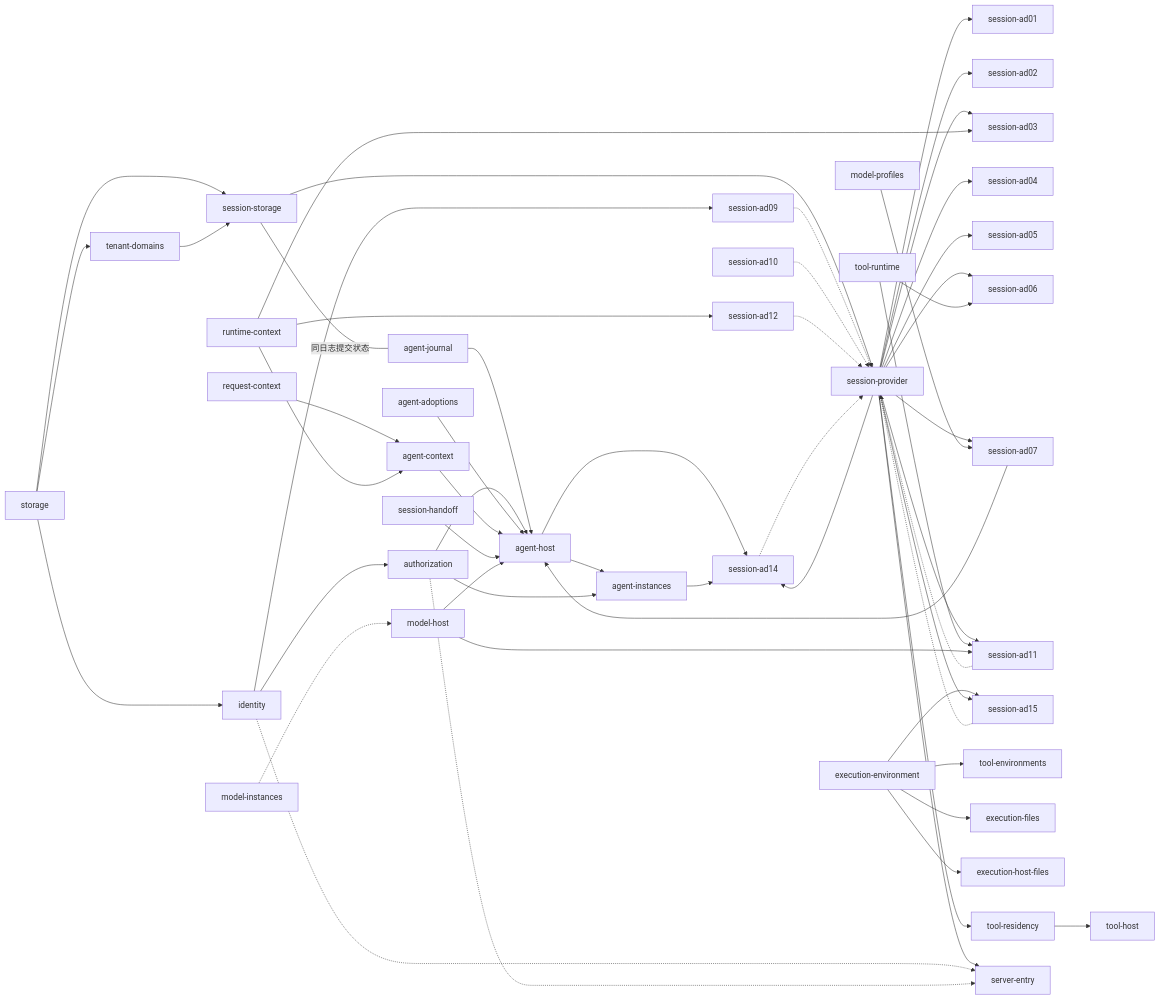
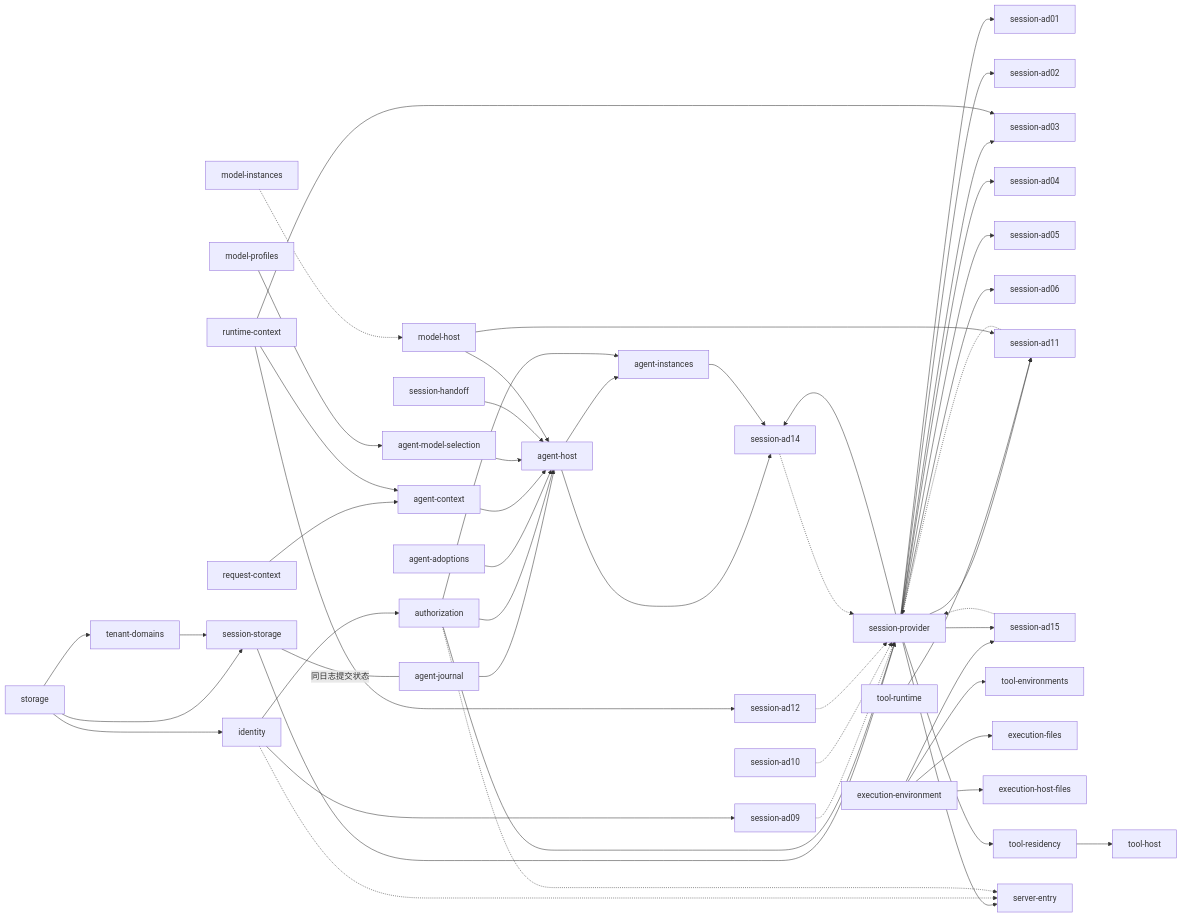
Before and after one commit to nemori-ai/omne-harness-lite: the diagram in docs/architecture/runtime/application-assembly.md, drawn with Mermaid. The commit also changed other lines of this file and 1 other file, not shown here.

First line of the commit message:
docs(assembly): 装配页 Session 各行迁移到 #680 结果

````diff
--- a/docs/architecture/runtime/application-assembly.md
+++ b/docs/architecture/runtime/application-assembly.md
@@ -88,56 +90,55 @@
 ```mermaid
 flowchart LR
   storage --> tenant-domains
   storage --> identity
   storage --> session-storage
   tenant-domains --> session-storage
   session-storage ---|同日志提交状态| agent-journal
   identity --> authorization
   session-storage --> session-provider
+  authorization --> session-provider
   session-provider --> session-ad01
   session-provider --> session-ad02
   session-provider --> session-ad03
   session-provider --> session-ad04
   session-provider --> session-ad05
   session-provider --> session-ad06
-  session-provider --> session-ad07
   session-provider --> session-ad11
   session-provider --> session-ad14
   runtime-context --> session-ad03
   runtime-context --> session-ad12
-  model-profiles --> session-ad07
+  model-profiles --> agent-model-selection
   model-instances -.-> model-host
   identity --> session-ad09
   agent-host --> session-ad14
   agent-instances --> session-ad14
   request-context --> agent-context
   runtime-context --> agent-context
   agent-journal --> agent-host
   authorization --> agent-host
   agent-adoptions --> agent-host
   agent-context --> agent-host
-  session-ad07 --> agent-host
+  agent-model-selection --> agent-host
   session-handoff --> agent-host
   model-host --> agent-host
   agent-host --> agent-instances
   authorization --> agent-instances
-  tool-runtime --> session-ad06
   tool-runtime --> session-ad11
   model-host --> session-ad11
   execution-environment --> session-ad15
   session-provider --> session-ad15
   execution-environment --> tool-environments
   execution-environment --> execution-files
   execution-environment --> execution-host-files
   session-provider --> tool-residency
   tool-residency --> tool-host
   session-provider --> server-entry
   session-ad09 -.-> session-provider
   session-ad10 -.-> session-provider
   session-ad12 -.-> session-provider
   session-ad14 -.-> session-provider
   session-ad11 -.-> session-provider
   session-ad15 -.-> session-provider
   identity -.-> server-entry
   authorization -.-> server-entry
 ```
````
